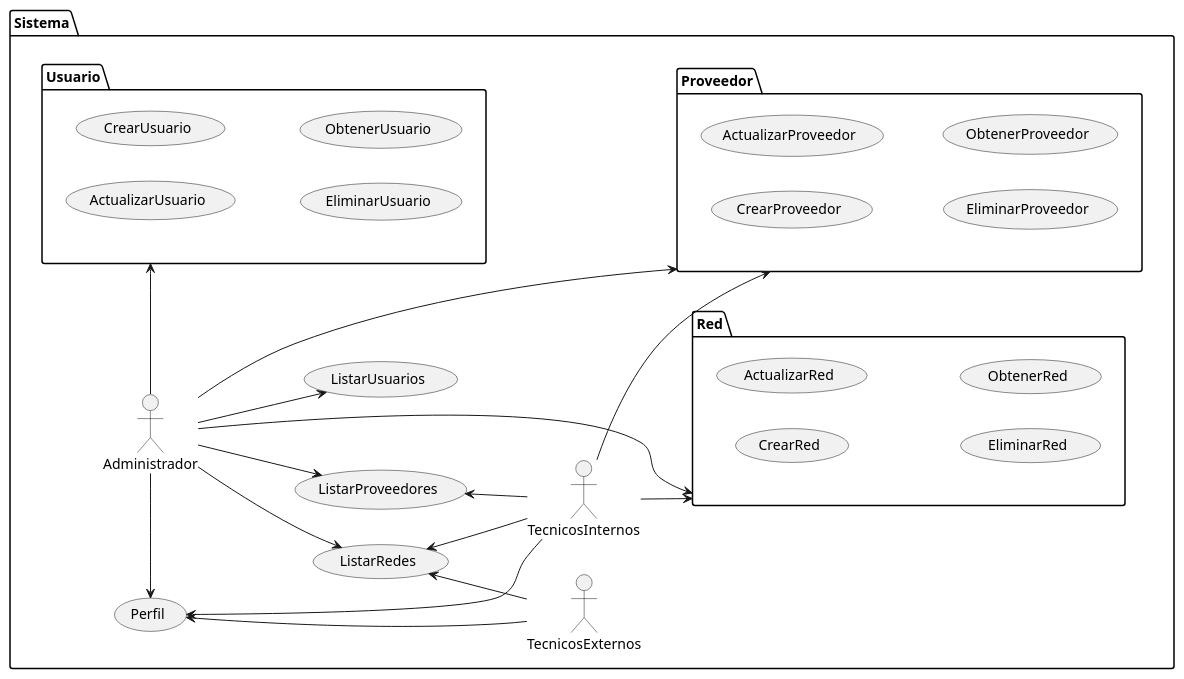
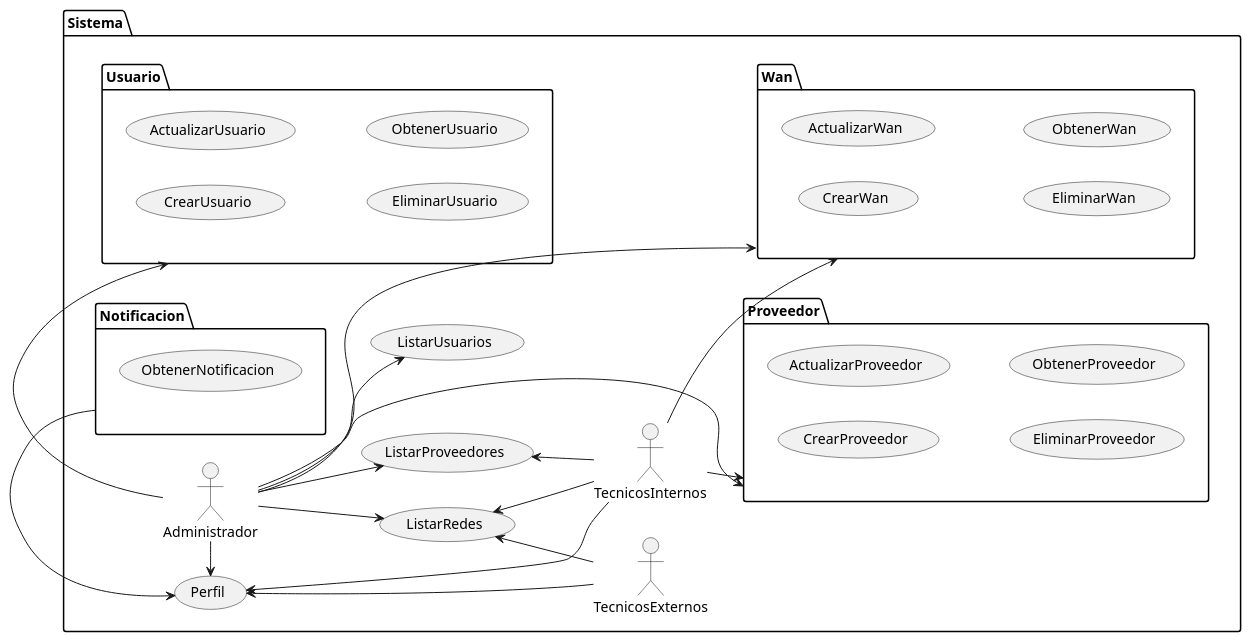
The diagram in 000-entregas/casosDeUso/casosDeUso.plantuml (mmasias/IdSw1-22-23), drawn with PlantUML before and after one commit. The commit also changed 18 other files, not shown here.

```diff
--- a/000-entregas/casosDeUso/casosDeUso.plantuml
+++ b/000-entregas/casosDeUso/casosDeUso.plantuml
@@ -1,57 +1,63 @@
-@startuml casos de uso
+@startuml CasosDeUso
 
 left to right direction
 
 package Sistema {
     actor Administrador
     actor TecnicosInternos
     actor TecnicosExternos
 
     usecase ListarUsuarios
     usecase ListarProveedores
     usecase ListarRedes
     usecase Perfil
 
     package Usuario {
         usecase CrearUsuario
         usecase ActualizarUsuario
         usecase EliminarUsuario
         usecase ObtenerUsuario
     }
 
     Administrador -l-> Usuario
 
-    package Red {
-        usecase CrearRed
-        usecase ActualizarRed
-        usecase EliminarRed
-        usecase ObtenerRed
+    package Wan {
+        usecase CrearWan
+        usecase ActualizarWan
+        usecase EliminarWan
+        usecase ObtenerWan
     }
 
-    Administrador --> Red
-    TecnicosInternos --> Red
+    Administrador --> Wan
+    TecnicosInternos --> Wan
 
     package Proveedor {
         usecase CrearProveedor
         usecase ActualizarProveedor
         usecase EliminarProveedor
         usecase ObtenerProveedor
     }
 
     Administrador --> Proveedor
     TecnicosInternos --> Proveedor
+
+    package Notificacion {
+        usecase ObtenerNotificacion
+    }
+
+    Notificacion -l-> Perfil
 
     Administrador --> ListarUsuarios
     Administrador --> ListarRedes
     Administrador --> ListarProveedores 
     Administrador -l-> Perfil 
 
     TecnicosInternos -u-> ListarProveedores
     TecnicosInternos -u-> ListarRedes
     TecnicosInternos -u-> Perfil
     TecnicosExternos -u-> ListarRedes
     TecnicosExternos -u-> Perfil
 
 }
 
 @enduml
```
